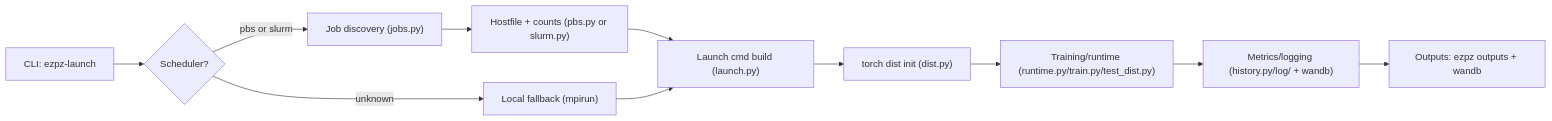
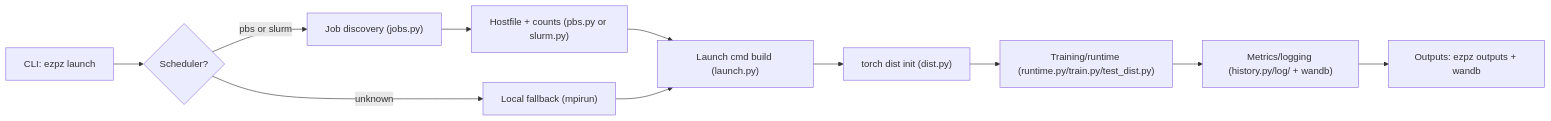
The diagram in docs/mermaid/architecture-data-control-flow.mmd (saforem2/ezpz), drawn with Mermaid before and after one commit. The commit also changed 1 other file, not shown here.

Commit message:
fix(docs): Update CLI references from `ezpz-launch` to `ezpz launch`

```diff
--- a/docs/mermaid/architecture-data-control-flow.mmd
+++ b/docs/mermaid/architecture-data-control-flow.mmd
@@ -1,11 +1,11 @@
 flowchart LR
-    A["CLI: ezpz-launch"] --> B{"Scheduler?"}
+    A["CLI: ezpz launch"] --> B{"Scheduler?"}
     B -->|pbs or slurm| C["Job discovery (jobs.py)"]
     B -->|unknown| D["Local fallback (mpirun)"]
     C --> E["Hostfile + counts (pbs.py or slurm.py)"]
     E --> F["Launch cmd build (launch.py)"]
     D --> F
     F --> G["torch dist init (dist.py)"]
     G --> H["Training/runtime (runtime.py/train.py/test_dist.py)"]
     H --> I["Metrics/logging (history.py/log/ + wandb)"]
     I --> J["Outputs: ezpz outputs + wandb"]
```
